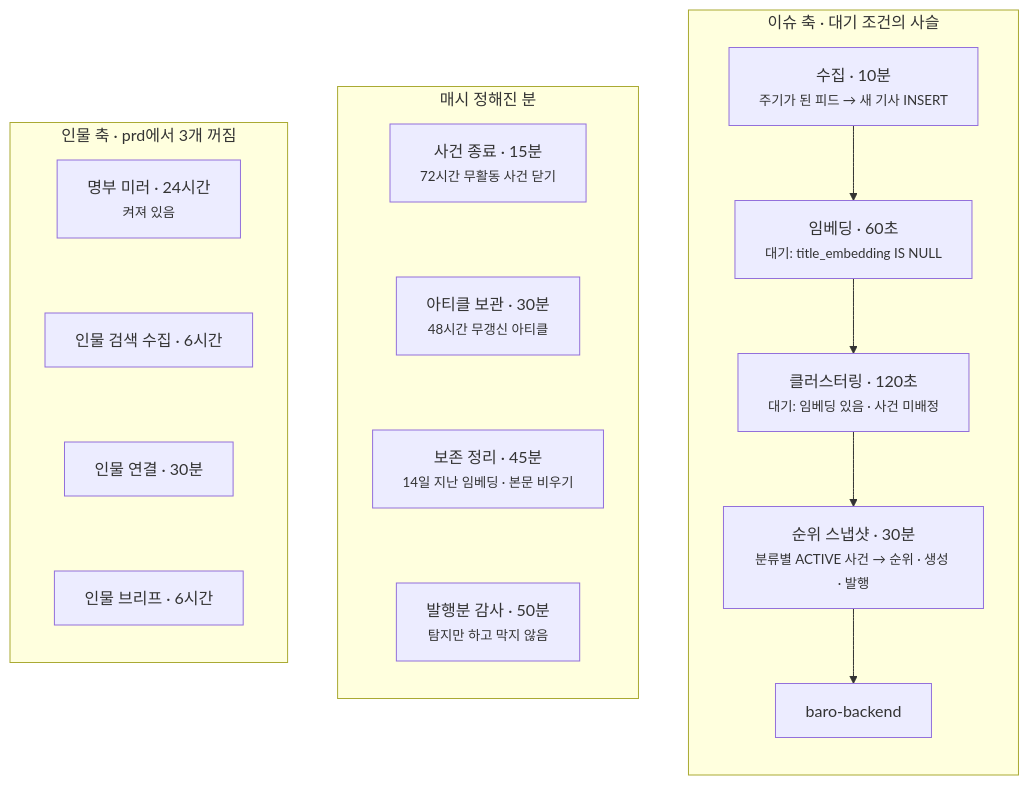
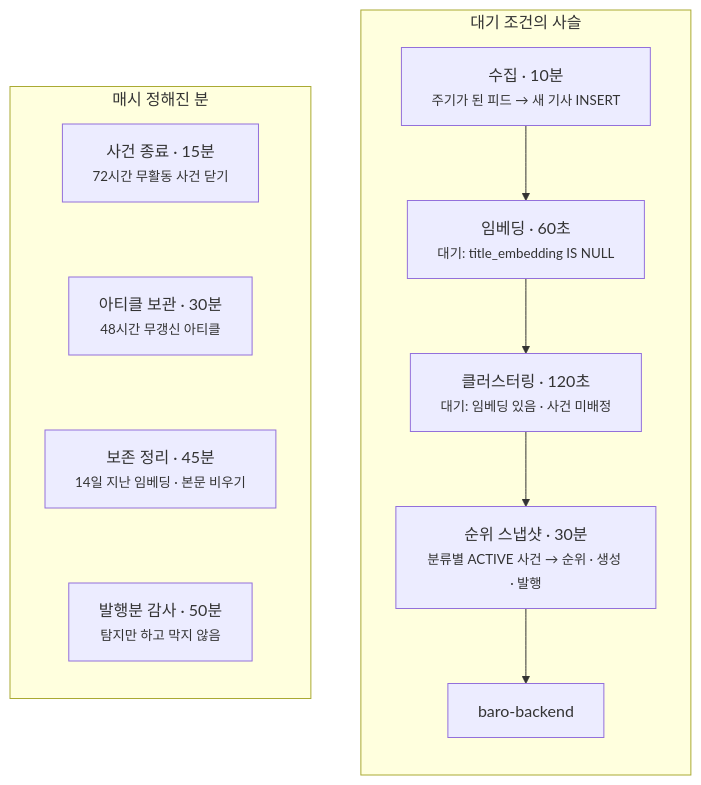
The fifth of 6 diagrams in src/content/blog/magazine-pipeline-two-apps-flow.md (oownahcohc/oownahcohc.github.io), drawn with Mermaid before and after one commit. The commit also changed other lines of this file and 79 other files, not shown here.

````diff
--- a/src/content/blog/magazine-pipeline-two-apps-flow.md
+++ b/src/content/blog/magazine-pipeline-two-apps-flow.md
@@ -234,28 +231,20 @@
 ```mermaid
 flowchart TB
-    subgraph ISSUE["이슈 축 · 대기 조건의 사슬"]
+    subgraph ISSUE["대기 조건의 사슬"]
         direction TB
         CR["수집 · 10분<br/><small>주기가 된 피드 → 새 기사 INSERT</small>"]
         EM["임베딩 · 60초<br/><small>대기: title_embedding IS NULL</small>"]
         CL["클러스터링 · 120초<br/><small>대기: 임베딩 있음 · 사건 미배정</small>"]
         TS["순위 스냅샷 · 30분<br/><small>분류별 ACTIVE 사건 → 순위 · 생성 · 발행</small>"]
         BE["baro-backend"]
         CR --> EM --> CL --> TS --> BE
     end
     subgraph HOUSE["매시 정해진 분"]
         direction TB
         EC["사건 종료 · 15분<br/><small>72시간 무활동 사건 닫기</small>"]
         SA["아티클 보관 · 30분<br/><small>48시간 무갱신 아티클</small>"]
         RT["보존 정리 · 45분<br/><small>14일 지난 임베딩 · 본문 비우기</small>"]
         AU["발행분 감사 · 50분<br/><small>탐지만 하고 막지 않음</small>"]
         EC ~~~ SA ~~~ RT ~~~ AU
     end
-    subgraph PERSON["인물 축 · prd에서 3개 꺼짐"]
-        direction TB
-        PR["명부 미러 · 24시간<br/><small>켜져 있음</small>"]
-        PN["인물 검색 수집 · 6시간"]
-        PL["인물 연결 · 30분"]
-        PBF["인물 브리프 · 6시간"]
-        PR ~~~ PN ~~~ PL ~~~ PBF
-    end
 ```
````
